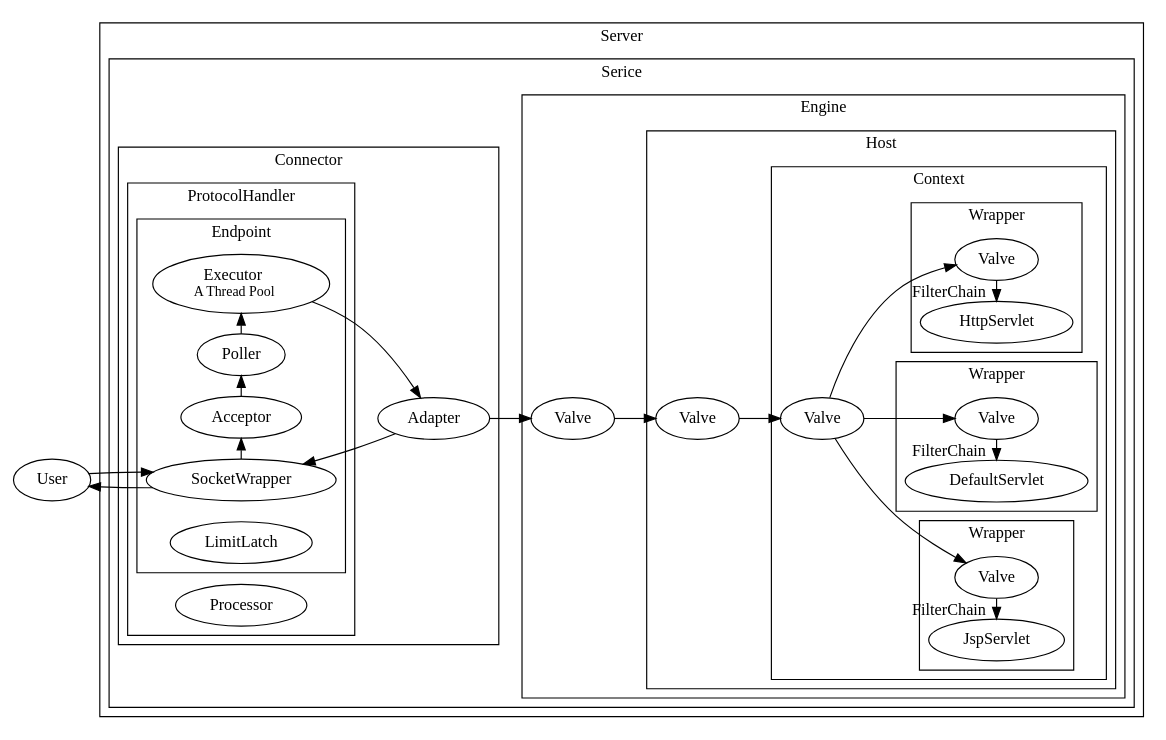
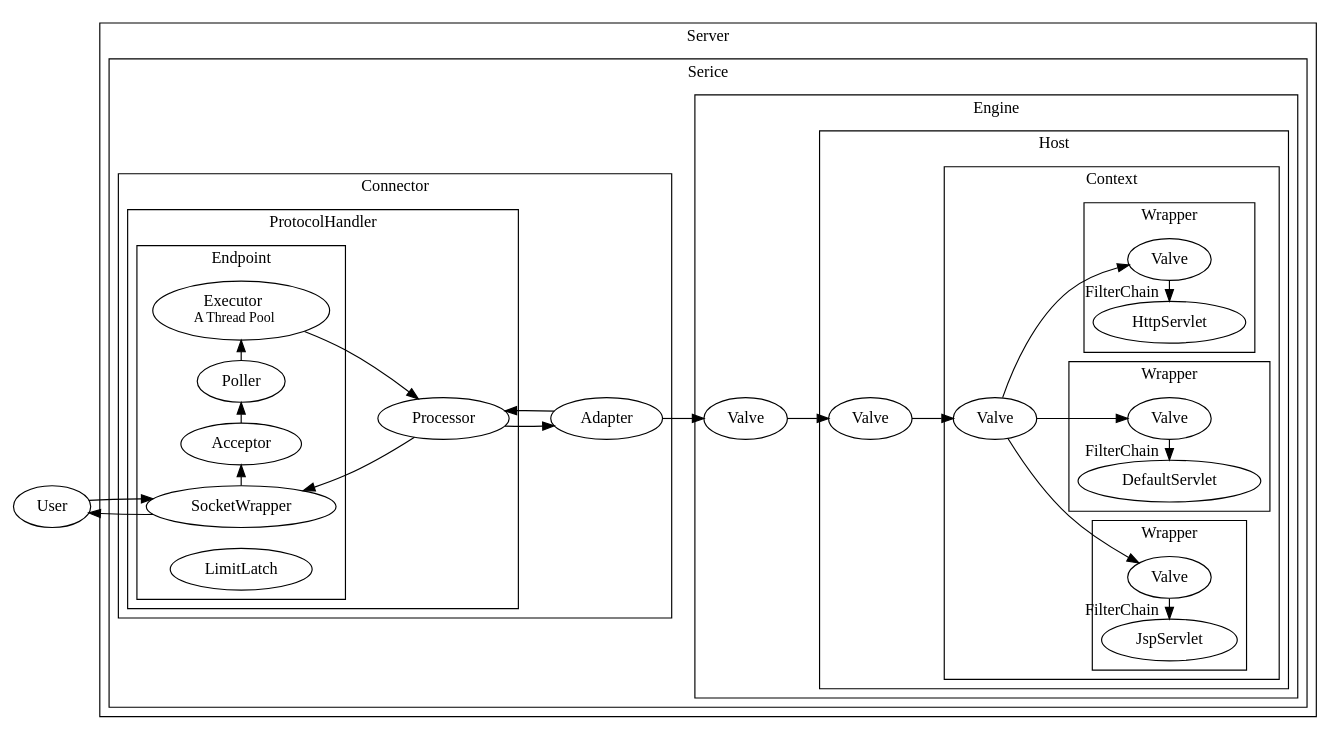
One commit to Robinpig/Note changed the diagram in docs/CS/Java/Tomcat/Tomcat.md. Above: the diagram before and after it, drawn with Graphviz. The commit also changed other lines of this file and 6 other files, not shown here.

````diff
--- a/docs/CS/Java/Tomcat/Tomcat.md
+++ b/docs/CS/Java/Tomcat/Tomcat.md
@@ -85,9 +23,10 @@
 
   User -> SocketWrapper;
  
+  Acceptor -> Poller 
+  Poller -> Executor 
   Processor;
-  Acceptor -> Poller 
-Poller -> Executor 
+  Executor -> Processor 
   
   Engine_Valve -> Host_Valve;
   Host_Valve -> Context_Valve;
@@ -117,17 +56,16 @@
                         Poller;
                         Acceptor;
                         Executor [label=<Executor<BR/> <FONT POINT-SIZE="12">A Thread Pool</FONT>>] ;
-              {rank="same"; SocketWrapper;Acceptor;Poller;Executor;}
+                        {rank="same"; SocketWrapper;Acceptor;Poller;Executor;}
                         LimitLatch;
                     }
                 Processor;
     
                 }
             Adapter;
-            Executor -> Adapter;
-           
-            Adapter -> SocketWrapper;
-           
+            Processor -> Adapter;
+            Adapter -> Processor;
+            Processor -> SocketWrapper;
             
         }
 
@@ -172,9 +110,6 @@
         }
     }
 }
-
-
-
 }
 
 ```
````
